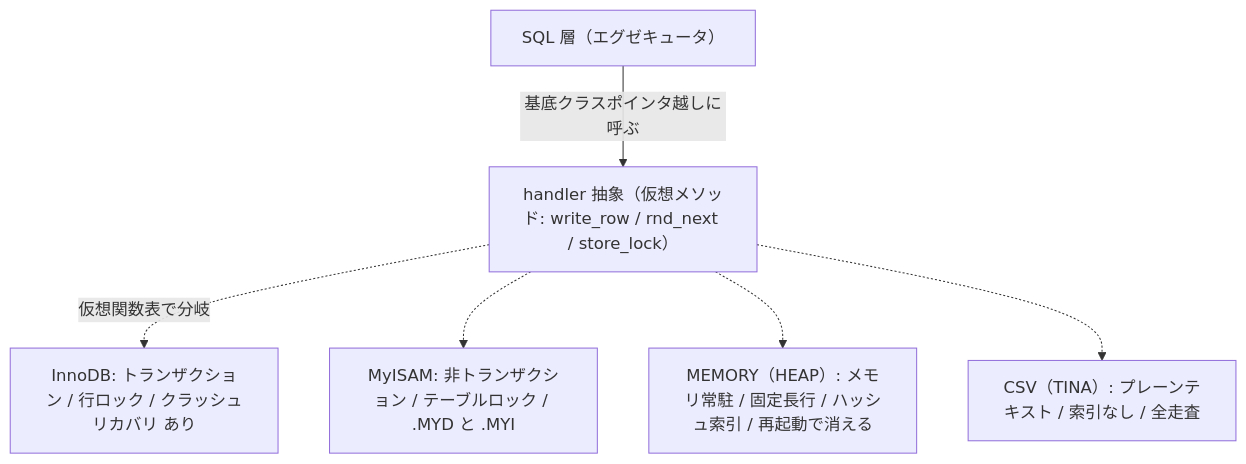
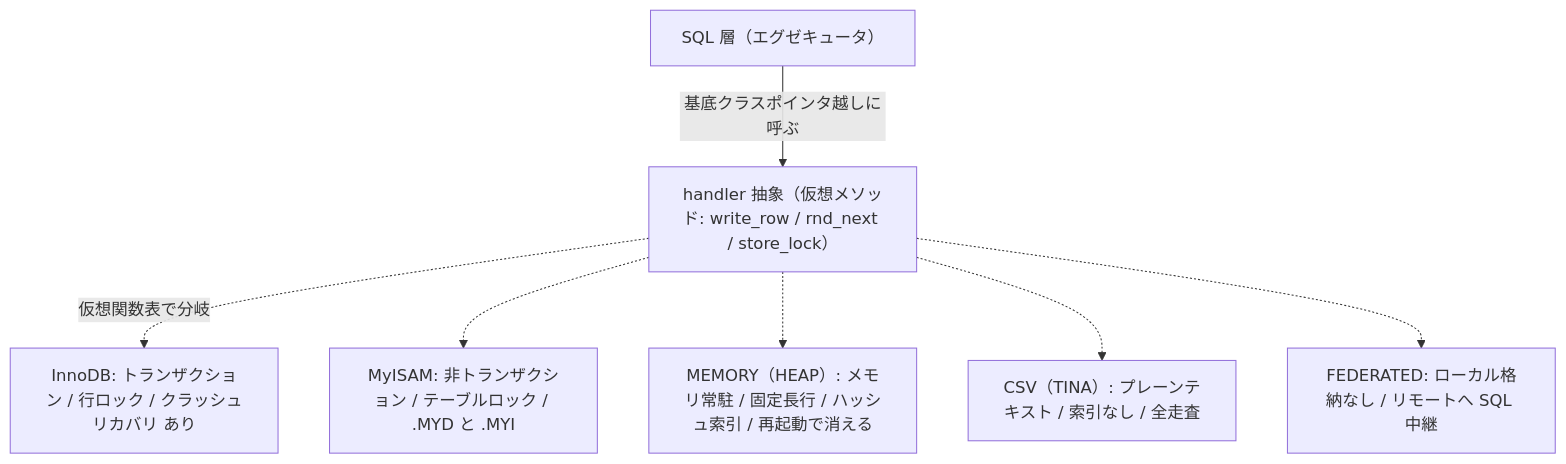
The diagram in mysql/part06-dictionary-ddl-ops/34-other-storage-engines.md (miyamadoKL/source-code-reading), drawn with Mermaid before and after one commit. The commit also changed other lines of this file, not shown here.

First line of the commit message:
mysql: 第34章に FEDERATED ストレージエンジンを追記

````diff
--- a/mysql/part06-dictionary-ddl-ops/34-other-storage-engines.md
+++ b/mysql/part06-dictionary-ddl-ops/34-other-storage-engines.md
@@ -323,16 +442,18 @@
 ```mermaid
 flowchart TD
     sql["SQL 層（エグゼキュータ）"]
     api["handler 抽象（仮想メソッド: write_row / rnd_next / store_lock）"]
     sql -->|"基底クラスポインタ越しに呼ぶ"| api
 
     api -.->|"仮想関数表で分岐"| innodb
     api -.-> myisam
     api -.-> heap
     api -.-> csv
+    api -.-> federated
 
     innodb["InnoDB: トランザクション / 行ロック / クラッシュリカバリ あり"]
     myisam["MyISAM: 非トランザクション / テーブルロック / .MYD と .MYI"]
     heap["MEMORY（HEAP）: メモリ常駐 / 固定長行 / ハッシュ索引 / 再起動で消える"]
     csv["CSV（TINA）: プレーンテキスト / 索引なし / 全走査"]
+    federated["FEDERATED: ローカル格納なし / リモートへ SQL 中継"]
 ```
````
